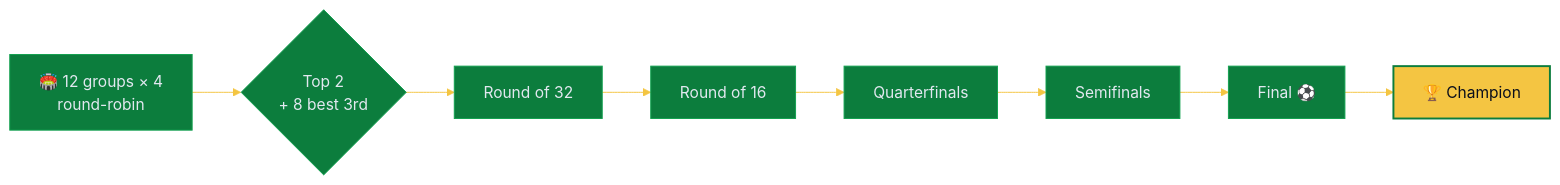
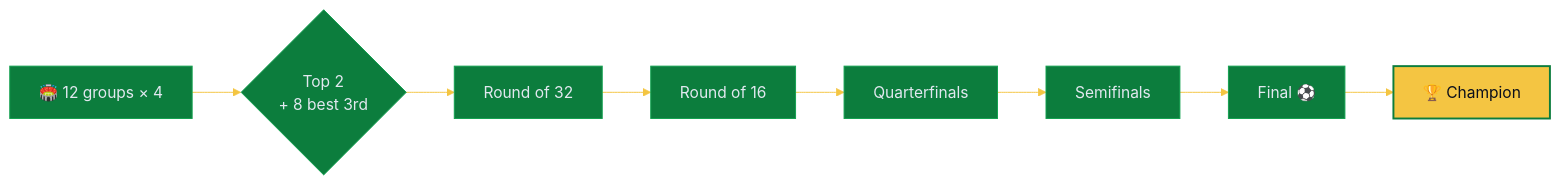
Before and after one commit to shreyas463/2026-fifa-world-cup-final-predictor: the third of 3 diagrams in README.md, drawn with Mermaid. The commit also changed other lines of this file and 24 other files, not shown here.

````diff
--- a/README.md
+++ b/README.md
@@ -129,7 +146,7 @@
 ```mermaid
 %%{init: {'theme':'base','themeVariables':{'primaryColor':'#0c7d3d','primaryTextColor':'#e2e8f0','primaryBorderColor':'#12a150','lineColor':'#f4c542','fontFamily':'Segoe UI, sans-serif'}}}%%
 flowchart LR
-    G["🏟️ 12 groups × 4<br/>round-robin"] --> Q{"Top 2<br/>+ 8 best 3rd"}
+    G["🏟️ 12 groups × 4"] --> Q{"Top 2<br/>+ 8 best 3rd"}
     Q --> R32["Round of 32"] --> R16["Round of 16"] --> QF["Quarterfinals"] --> SF["Semifinals"] --> F["Final ⚽"] --> W["🏆 Champion"]
     style W fill:#f4c542,stroke:#0c7d3d,stroke-width:2px,color:#0a0f1c
 ```
````
